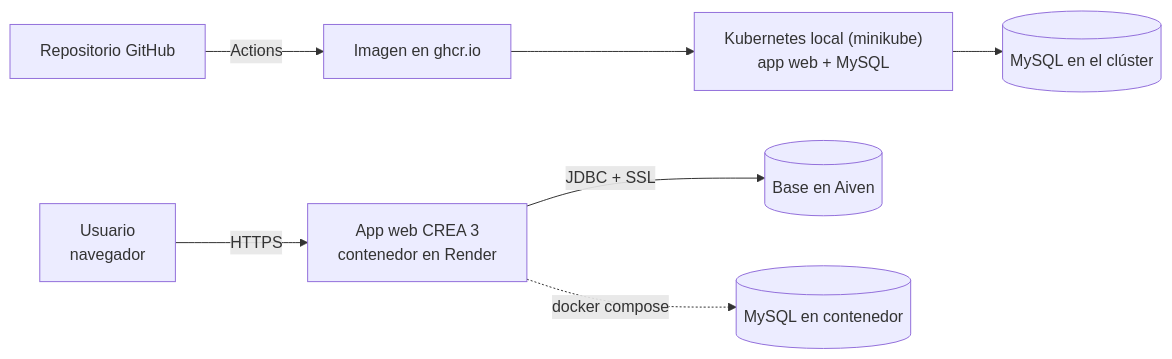
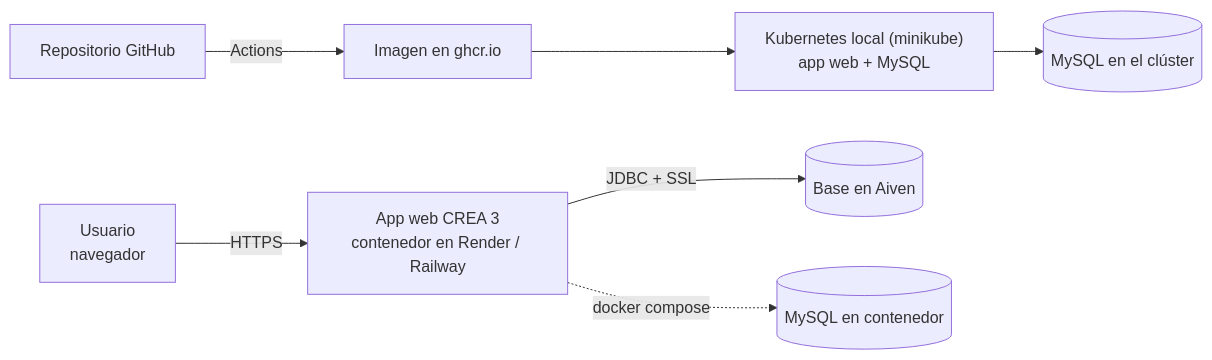
Before and after one commit to Foxmeg21/crea3: the second of 2 diagrams in docs/diagramas/arquitectura.md, drawn with Mermaid. The commit also changed other lines of this file and 10 other files, not shown here.

Commit message:
Javalin 6 + despliegue Render/Railway

````diff
--- a/docs/diagramas/arquitectura.md
+++ b/docs/diagramas/arquitectura.md
@@ -16,9 +16,9 @@
 ```mermaid
 flowchart LR
-  U[Usuario<br/>navegador] -->|HTTPS| APP["App web CREA 3<br/>contenedor en Render"]
+  U[Usuario<br/>navegador] -->|HTTPS| APP["App web CREA 3<br/>contenedor en Render / Railway"]
   GH[Repositorio GitHub] -->|Actions| GHCR[Imagen en ghcr.io]
   GHCR --> K8S["Kubernetes local (minikube)<br/>app web + MySQL"]
   APP -->|JDBC + SSL| AIVEN[(Base en Aiven)]
   APP -.->|docker compose| DBL[(MySQL en contenedor)]
   K8S --> DBK[(MySQL en el clúster)]
 ```
````
